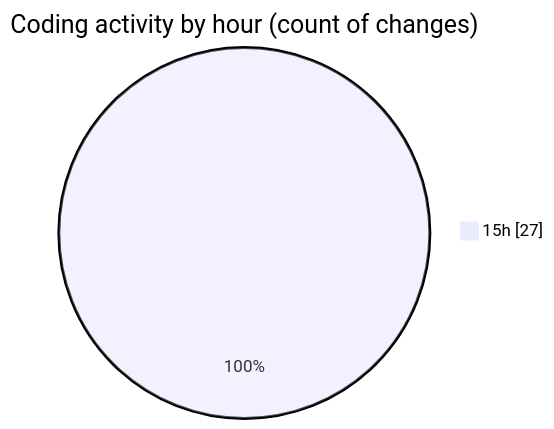
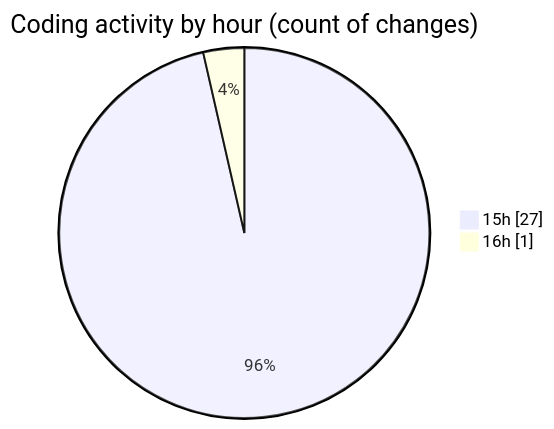
The second of 2 diagrams in 2025-06-06/sewa-mobil/README.md (idhammustaqopulfikri/code-tracking), drawn with Mermaid before and after one commit. The commit also changed other lines of this file and 1 other file, not shown here.

````diff
--- a/2025-06-06/sewa-mobil/README.md
+++ b/2025-06-06/sewa-mobil/README.md
@@ -36,5 +37,6 @@
 ```mermaid
 pie showData
 title Coding activity by hour (count of changes)
 "15h" : 27
+"16h" : 1
 ```
````
